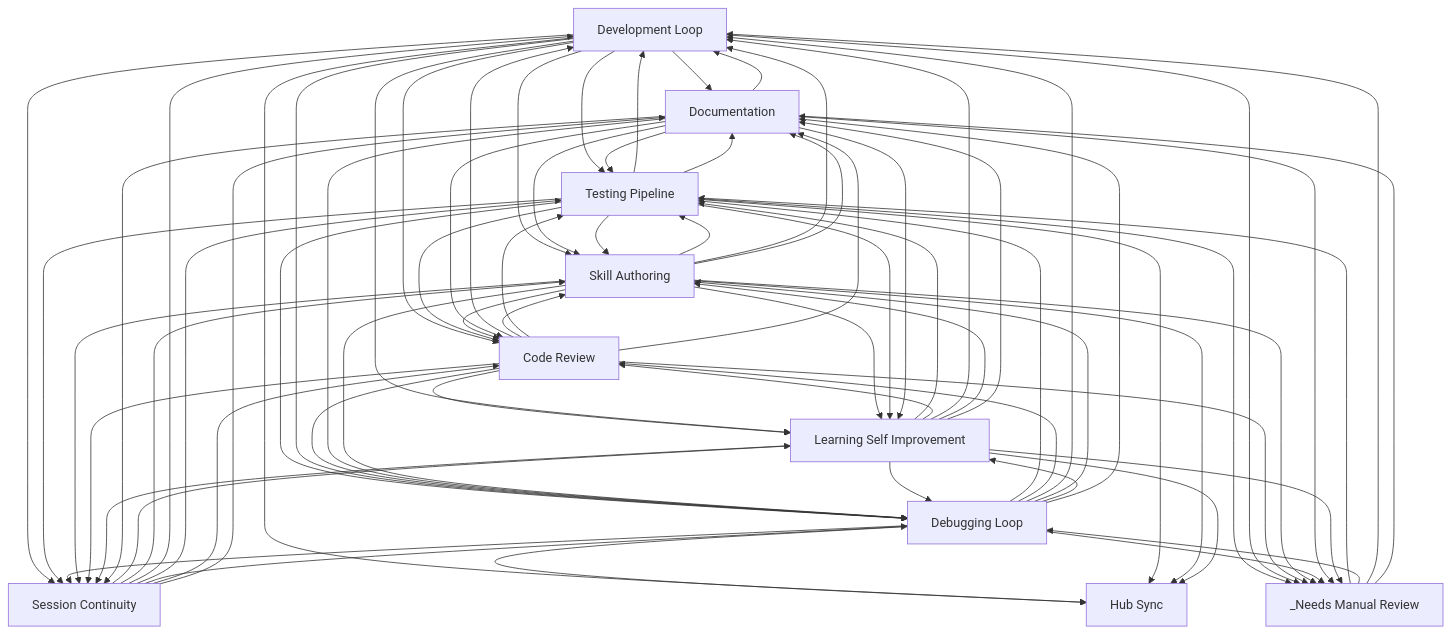
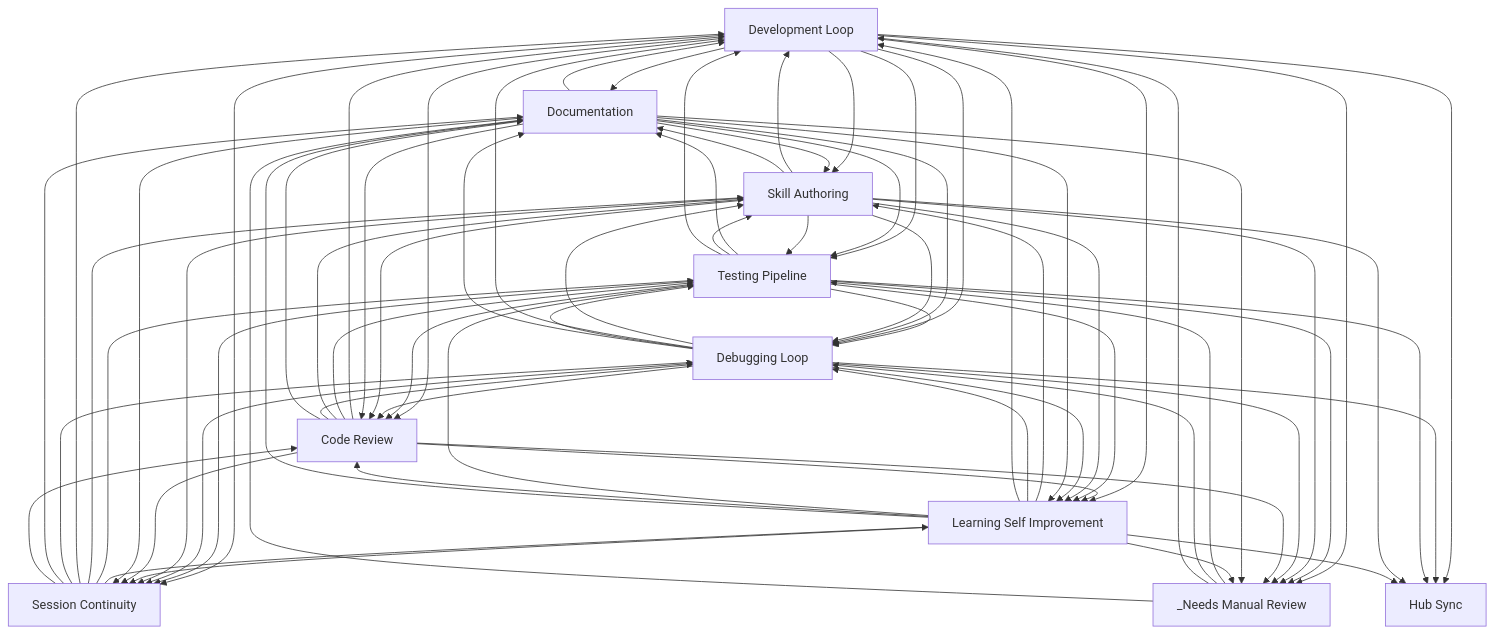
The diagram in docs/workflows/INDEX.md (abhayla/claude-best-practices), drawn with Mermaid before and after one commit. The commit also changed other lines of this file and 13 other files, not shown here.

```diff
--- a/docs/workflows/INDEX.md
+++ b/docs/workflows/INDEX.md
@@ -32,72 +32,72 @@
     hub_sync[Hub Sync]
     _needs_manual_review[_Needs Manual Review]
     development_loop --> documentation
+    testing_pipeline --> documentation
+    development_loop --> skill_authoring
     development_loop --> testing_pipeline
-    development_loop --> skill_authoring
+    testing_pipeline --> skill_authoring
+    documentation --> skill_authoring
     documentation --> testing_pipeline
-    documentation --> skill_authoring
+    development_loop --> code_review
     code_review --> development_loop
+    code_review --> testing_pipeline
     code_review --> skill_authoring
-    development_loop --> code_review
-    code_review --> testing_pipeline
+    development_loop --> learning_self_improvement
     code_review --> learning_self_improvement
-    development_loop --> learning_self_improvement
-    testing_pipeline --> skill_authoring
     skill_authoring --> testing_pipeline
+    testing_pipeline --> debugging_loop
+    testing_pipeline --> development_loop
     testing_pipeline --> code_review
-    testing_pipeline --> development_loop
-    testing_pipeline --> debugging_loop
-    testing_pipeline --> documentation
+    debugging_loop --> skill_authoring
+    debugging_loop --> development_loop
     debugging_loop --> testing_pipeline
     debugging_loop --> code_review
-    debugging_loop --> development_loop
-    debugging_loop --> skill_authoring
     development_loop --> debugging_loop
     documentation --> development_loop
+    skill_authoring --> development_loop
     skill_authoring --> code_review
-    skill_authoring --> development_loop
+    testing_pipeline --> learning_self_improvement
     skill_authoring --> learning_self_improvement
+    development_loop --> _needs_manual_review
     testing_pipeline --> _needs_manual_review
-    development_loop --> _needs_manual_review
+    documentation --> debugging_loop
+    documentation --> code_review
     code_review --> debugging_loop
-    documentation --> code_review
-    documentation --> debugging_loop
     code_review --> documentation
+    development_loop --> session_continuity
     session_continuity --> learning_self_improvement
-    development_loop --> session_continuity
+    session_continuity --> testing_pipeline
     _needs_manual_review --> testing_pipeline
     testing_pipeline --> session_continuity
-    testing_pipeline --> learning_self_improvement
+    debugging_loop --> learning_self_improvement
     debugging_loop --> session_continuity
-    debugging_loop --> learning_self_improvement
     debugging_loop --> documentation
     documentation --> learning_self_improvement
     skill_authoring --> session_continuity
     skill_authoring --> debugging_loop
     _needs_manual_review --> debugging_loop
+    learning_self_improvement --> skill_authoring
+    learning_self_improvement --> debugging_loop
+    learning_self_improvement --> development_loop
     learning_self_improvement --> testing_pipeline
     learning_self_improvement --> code_review
-    learning_self_improvement --> development_loop
-    learning_self_improvement --> skill_authoring
-    learning_self_improvement --> debugging_loop
+    development_loop --> hub_sync
     debugging_loop --> hub_sync
-    development_loop --> hub_sync
-    code_review --> _needs_manual_review
     skill_authoring --> _needs_manual_review
     debugging_loop --> _needs_manual_review
+    code_review --> _needs_manual_review
     skill_authoring --> documentation
     _needs_manual_review --> development_loop
     _needs_manual_review --> documentation
+    learning_self_improvement --> session_continuity
     code_review --> session_continuity
-    learning_self_improvement --> session_continuity
     documentation --> _needs_manual_review
     session_continuity --> skill_authoring
     learning_self_improvement --> documentation
     session_continuity --> development_loop
-    session_continuity --> testing_pipeline
     session_continuity --> debugging_loop
+    session_continuity --> documentation
     session_continuity --> code_review
-    session_continuity --> documentation
     testing_pipeline --> hub_sync
     skill_authoring --> hub_sync
     learning_self_improvement --> hub_sync
```
